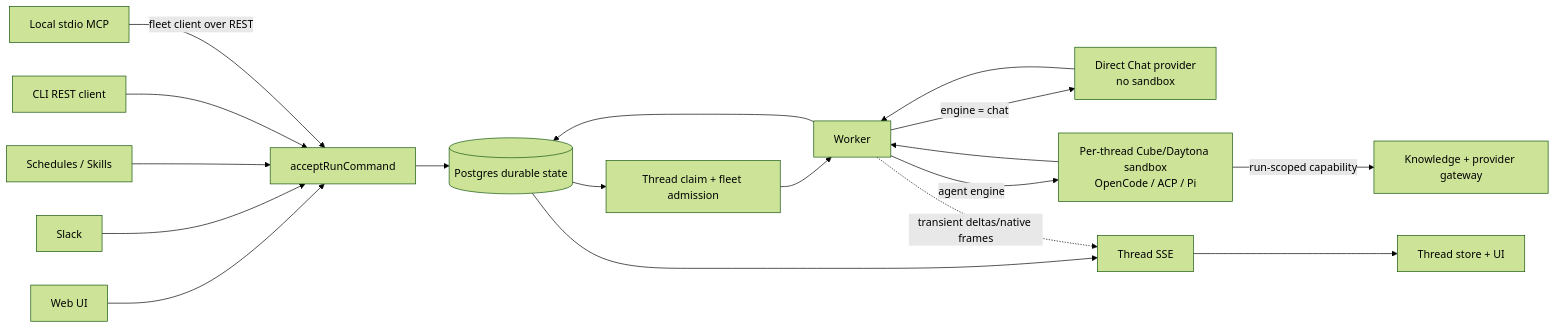
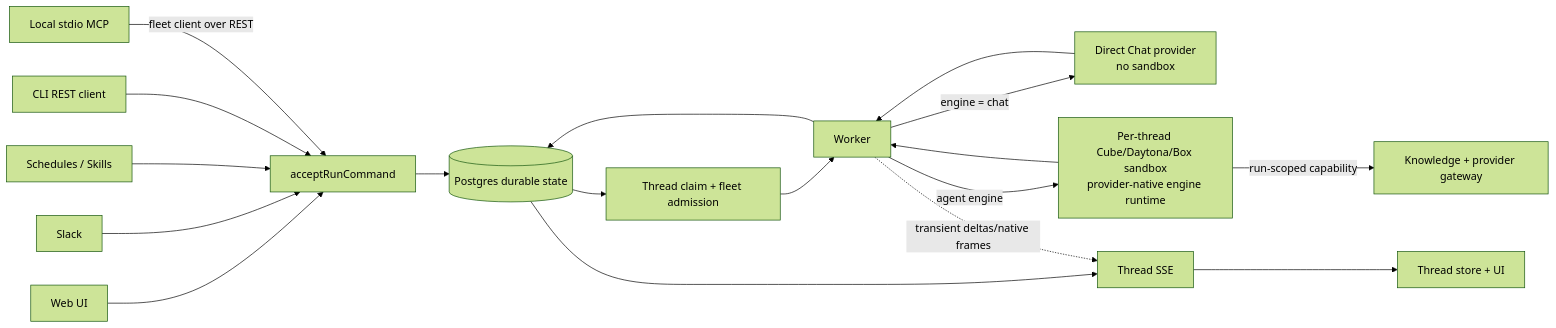
The first of 7 diagrams in docs/architecture/architecture-graph.md (useagenthq/useagent), drawn with Mermaid (forest theme) before and after one commit. The commit also changed 37 other files, not shown here.

First line of the commit message:
fix(runtime): preserve native harnesses across sandbox providers

````diff
--- a/docs/architecture/architecture-graph.md
+++ b/docs/architecture/architecture-graph.md
@@ -8,34 +8,34 @@
 ```mermaid
 graph LR
   WEB["Web UI"]
   SLACK["Slack"]
   AUTO["Schedules / Skills"]
   CLI["CLI REST client"]
   MCP["Local stdio MCP"]
   ACCEPT["acceptRunCommand"]
   DB[("Postgres durable state")]
   PUMP["Thread claim + fleet admission"]
   WORKER["Worker"]
   CHAT["Direct Chat provider<br/>no sandbox"]
-  SANDBOX["Per-thread Cube/Daytona sandbox<br/>OpenCode / ACP / Pi"]
+  SANDBOX["Per-thread Cube/Daytona/Box sandbox<br/>provider-native engine runtime"]
   GATEWAY["Knowledge + provider gateway"]
   SSE["Thread SSE"]
   UI["Thread store + UI"]
 
   WEB --> ACCEPT
   SLACK --> ACCEPT
   AUTO --> ACCEPT
   CLI --> ACCEPT
   MCP -->|fleet client over REST| ACCEPT
   ACCEPT --> DB
   DB --> PUMP --> WORKER
   WORKER -->|engine = chat| CHAT
   WORKER -->|agent engine| SANDBOX
   SANDBOX -->|run-scoped capability| GATEWAY
   CHAT --> WORKER
   SANDBOX --> WORKER
   WORKER --> DB
   DB --> SSE
   WORKER -. transient deltas/native frames .-> SSE
   SSE --> UI
 ```
````
